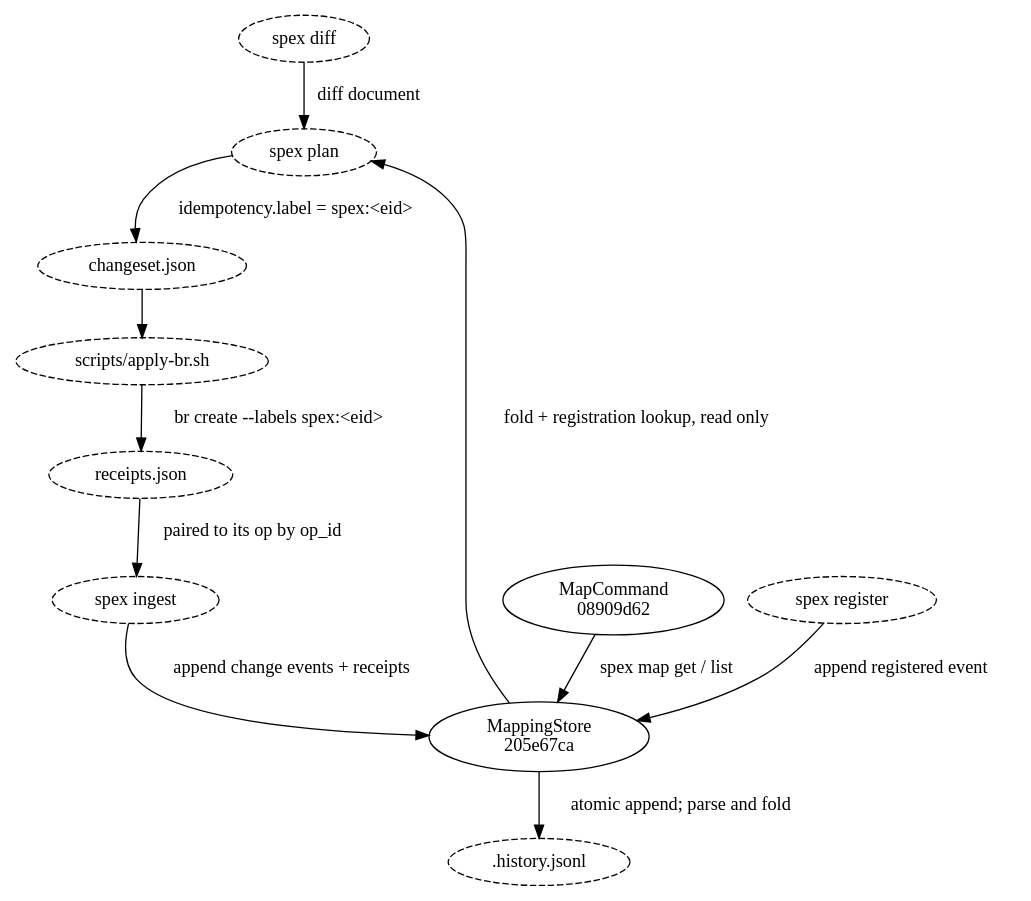
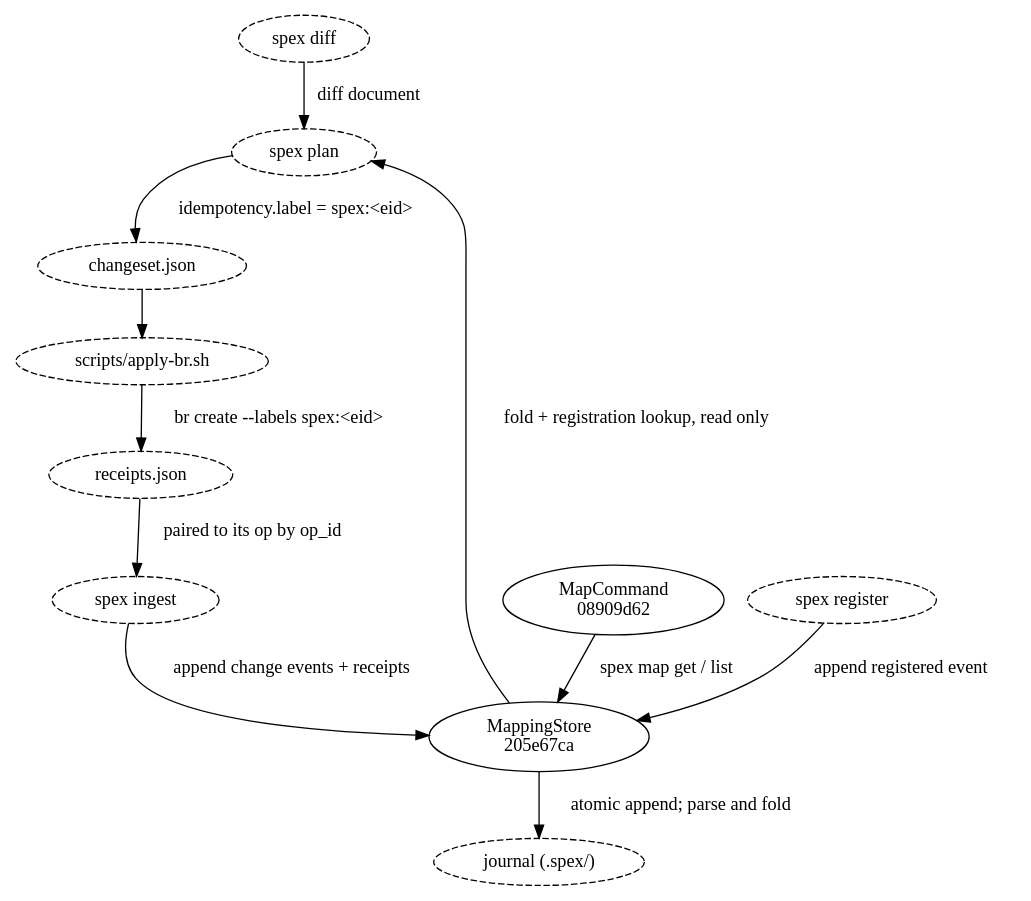
Before and after one commit to dmitriyb/spexmachina: the diagram in spec/map/flow_bead_mapping.md, drawn with Graphviz. The commit also changed other lines of this file and 54 other files, not shown here.

````diff
--- a/spec/map/flow_bead_mapping.md
+++ b/spec/map/flow_bead_mapping.md
@@ -15,26 +15,26 @@
 ```dot
 digraph bead_mapping {
     "spex diff"           [style=dashed];
     "spex plan"           [style=dashed];
     "changeset.json"      [style=dashed];
     "scripts/apply-br.sh" [style=dashed];
     "receipts.json"       [style=dashed];
     "spex ingest"         [style=dashed];
-    ".history.jsonl"      [style=dashed];
+    "journal (.spex/)"    [style=dashed];
     "205e67ca4aad"        [label="MappingStore\n205e67ca"];
     "08909d62930b"        [label="MapCommand\n08909d62"];
 
     "spex register"       [style=dashed];
 
     "spex register"       -> "205e67ca4aad"        [label="append registered event"];
     "spex diff"           -> "spex plan"           [label="diff document"];
     "205e67ca4aad"        -> "spex plan"           [label="fold + registration lookup, read only"];
     "spex plan"           -> "changeset.json"      [label="idempotency.label = spex:<eid>"];
     "changeset.json"      -> "scripts/apply-br.sh";
     "scripts/apply-br.sh" -> "receipts.json"       [label="br create --labels spex:<eid>"];
     "receipts.json"       -> "spex ingest"         [label="paired to its op by op_id"];
     "spex ingest"         -> "205e67ca4aad"        [label="append change events + receipts"];
-    "205e67ca4aad"        -> ".history.jsonl"      [label="atomic append; parse and fold"];
+    "205e67ca4aad"        -> "journal (.spex/)"    [label="atomic append; parse and fold"];
     "08909d62930b"        -> "205e67ca4aad"        [label="spex map get / list"];
 }
 ```
````
